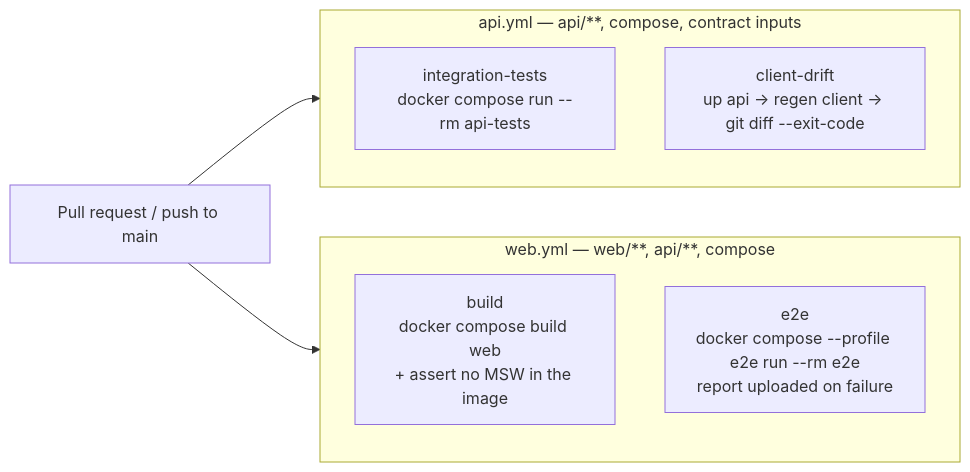
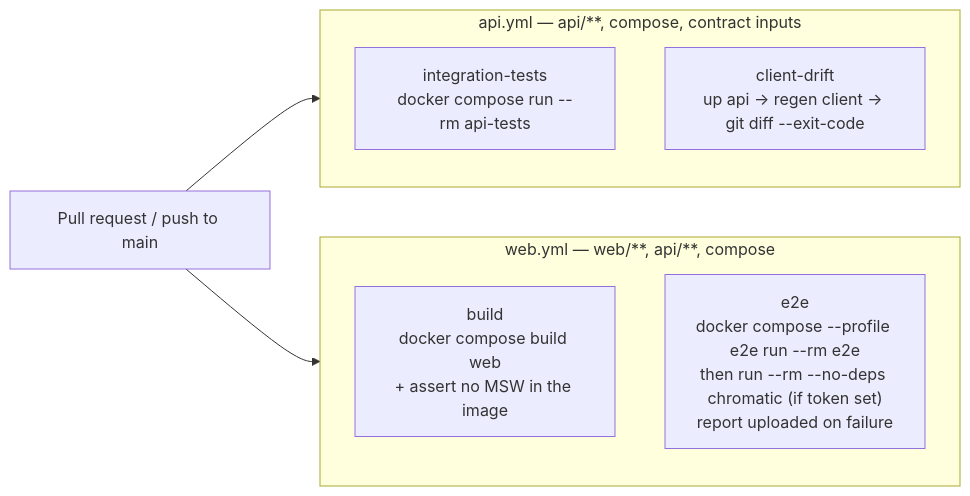
The ninth of 9 diagrams in docs/architecture.md (l1em1on1/social-tennis), drawn with Mermaid before and after one commit. The commit also changed other lines of this file and 11 other files, not shown here.

````diff
--- a/docs/architecture.md
+++ b/docs/architecture.md
@@ -303,12 +306,12 @@
 ```mermaid
 flowchart LR
     subgraph apiwf ["api.yml — api/**, compose, contract inputs"]
         T1["integration-tests<br/>docker compose run --rm api-tests"]
         T2["client-drift<br/>up api → regen client → git diff --exit-code"]
     end
     subgraph webwf ["web.yml — web/**, api/**, compose"]
         T3["build<br/>docker compose build web<br/>+ assert no MSW in the image"]
-        T4["e2e<br/>docker compose --profile e2e run --rm e2e<br/>report uploaded on failure"]
+        T4["e2e<br/>docker compose --profile e2e run --rm e2e<br/>then run --rm --no-deps chromatic (if token set)<br/>report uploaded on failure"]
     end
     PR[Pull request / push to main] --> apiwf & webwf
 ```
````
